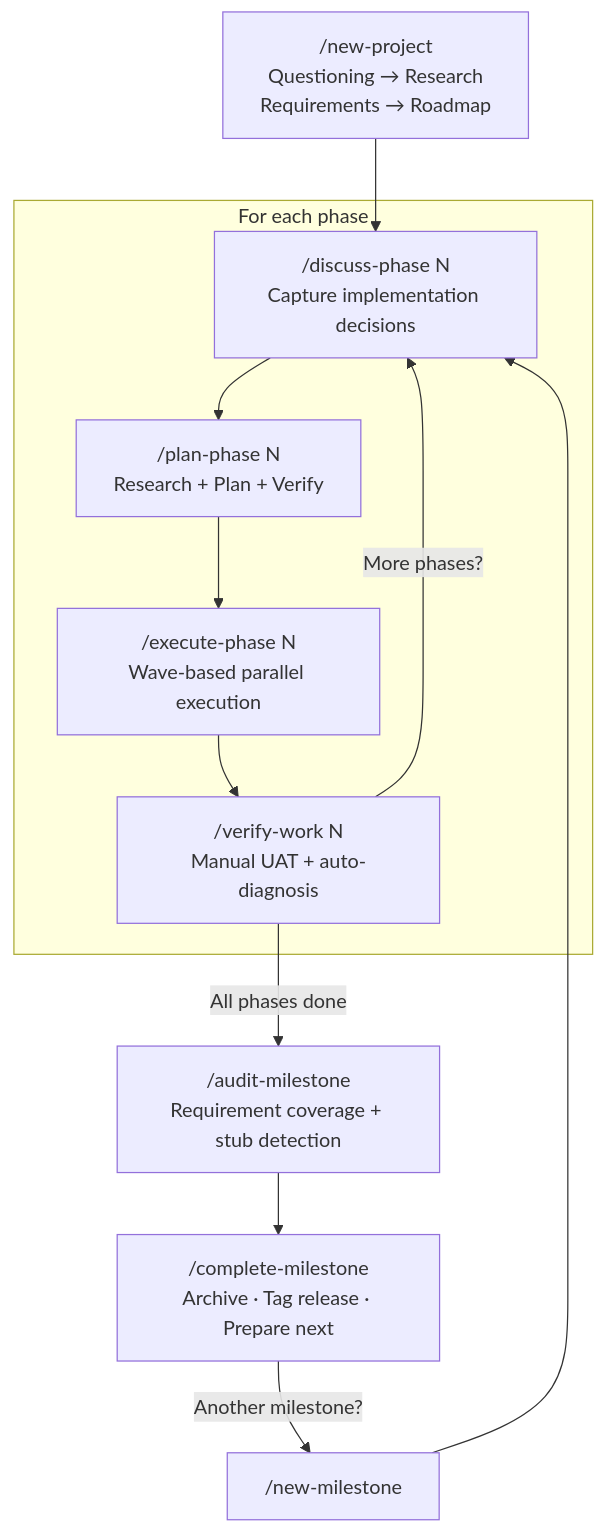
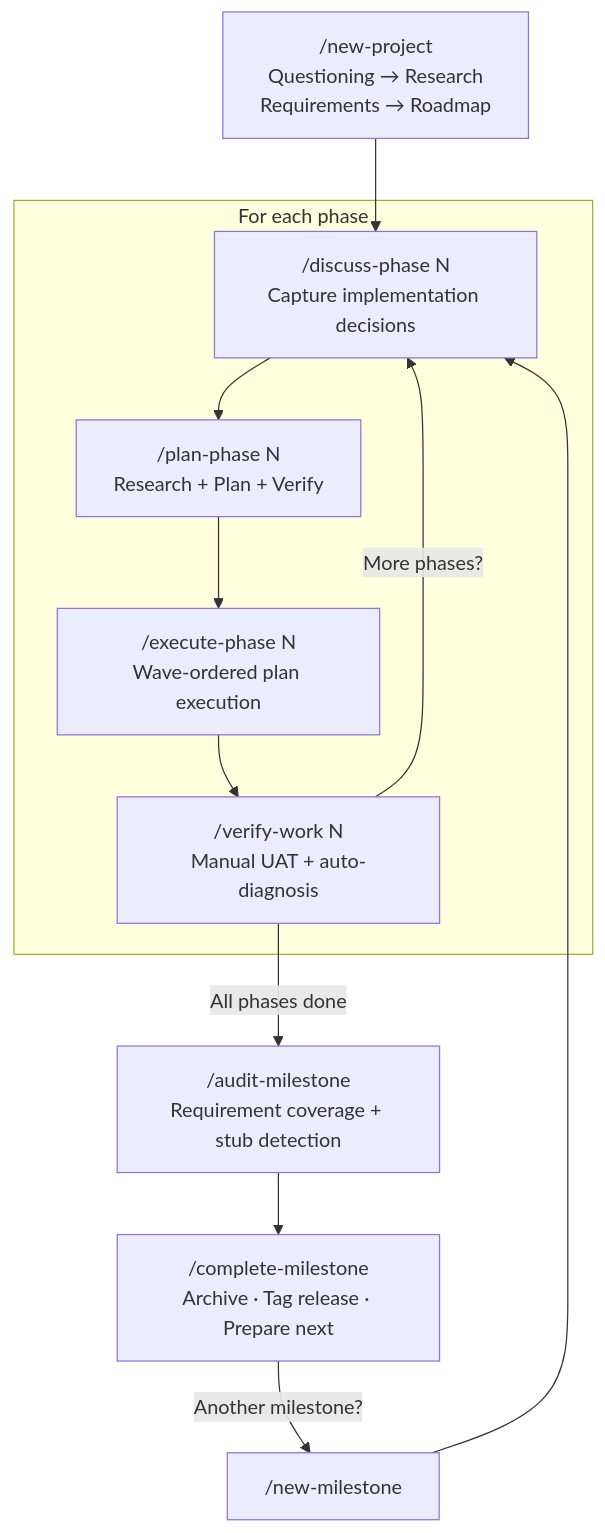
One commit to AdrianTJ/learnship changed the second of 7 diagrams in README.md. Above: the diagram before and after it, drawn with Mermaid. The commit also changed other lines of this file and 25 other files, not shown here.

````diff
--- a/README.md
+++ b/README.md
@@ -125,20 +125,20 @@
 ```mermaid
 flowchart TD
     NP["/new-project<br/>Questioning → Research<br/>Requirements → Roadmap"]
     NP --> DP
 
     subgraph PHASE["For each phase"]
         DP["/discuss-phase N<br/>Capture implementation decisions"]
         PP["/plan-phase N<br/>Research + Plan + Verify"]
-        EP["/execute-phase N<br/>Wave-based parallel execution"]
+        EP["/execute-phase N<br/>Wave-ordered plan execution"]
         VW["/verify-work N<br/>Manual UAT + auto-diagnosis"]
         DP --> PP --> EP --> VW
         VW -->|"More phases?"| DP
     end
 
     VW -->|"All phases done"| AM
     AM["/audit-milestone<br/>Requirement coverage + stub detection"]
     AM --> CM["/complete-milestone<br/>Archive · Tag release · Prepare next"]
     CM -->|"Another milestone?"| NM["/new-milestone"]
     NM --> DP
 ```
````
